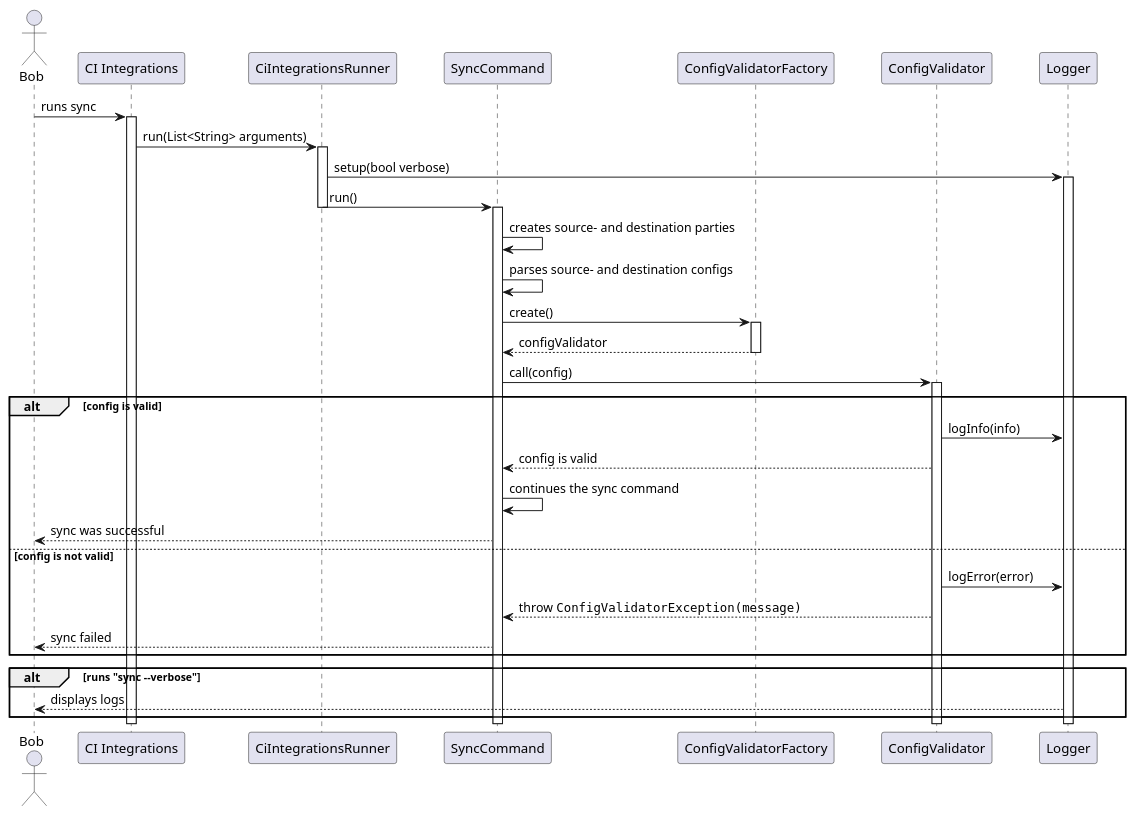
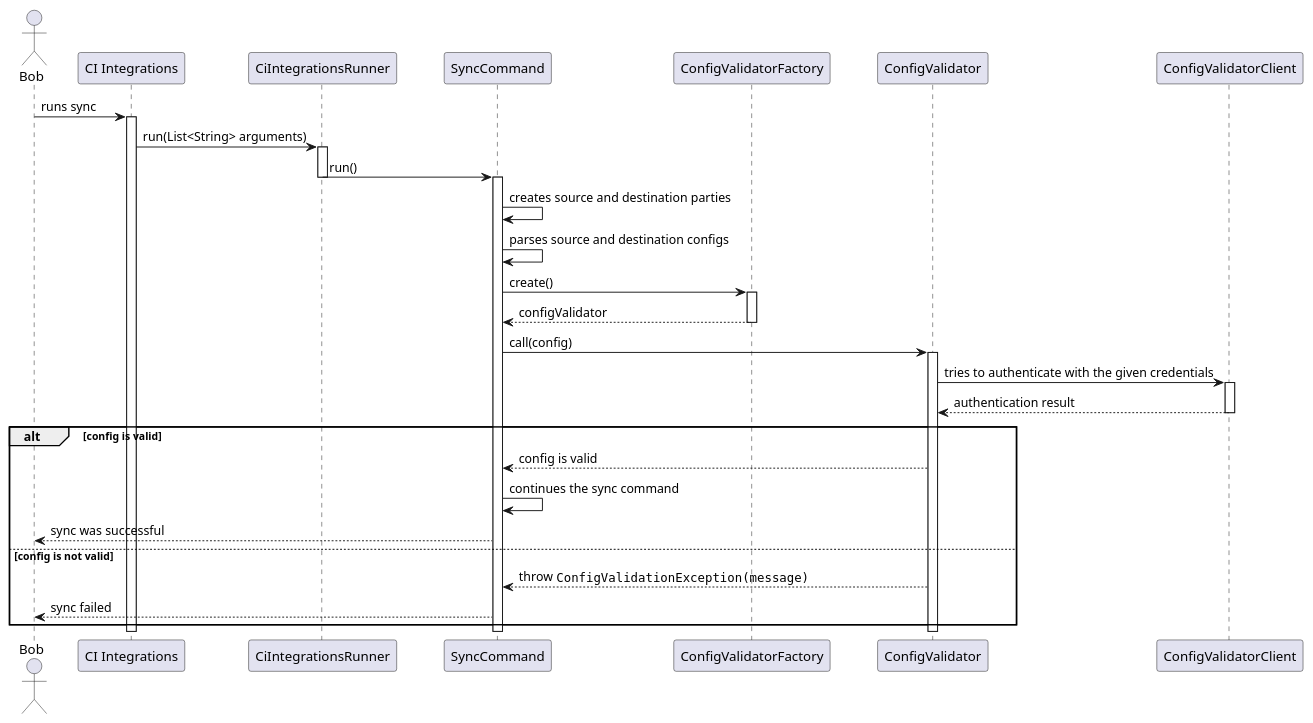
Before and after one commit to Flank/flank-dashboard: the diagram in metrics/ci_integrations/docs/diagrams/ci_integrations_config_validator_sequence_diagram.puml, drawn with PlantUML. The commit also changed 2 other files, not shown here.

```diff
--- a/metrics/ci_integrations/docs/diagrams/ci_integrations_config_validator_sequence_diagram.puml
+++ b/metrics/ci_integrations/docs/diagrams/ci_integrations_config_validator_sequence_diagram.puml
@@ -1,65 +1,61 @@
 @startuml ci_integrations_config_validator_sequence_diagram
 
 skinparam ParticipantPadding 20
 skinparam BoxPadding 10
 
 actor Bob
 
 participant "CI Integrations"
 participant CiIntegrationsRunner
 participant SyncCommand
 participant ConfigValidatorFactory
 participant ConfigValidator
-participant Logger
+participant ConfigValidatorClient
 
 Bob -> "CI Integrations" : runs sync
 activate "CI Integrations"
 
 "CI Integrations" -> CiIntegrationsRunner: run(List<String> arguments)
 activate CiIntegrationsRunner
 
-CiIntegrationsRunner -> Logger: setup(bool verbose)
-activate Logger
-
 CiIntegrationsRunner -> SyncCommand: run()
 deactivate CiIntegrationsRunner
 activate SyncCommand
 
-SyncCommand -> SyncCommand : creates source- and destination parties
-SyncCommand -> SyncCommand : parses source- and destination configs
+SyncCommand -> SyncCommand : creates source and destination parties
+SyncCommand -> SyncCommand : parses source and destination configs
 
 SyncCommand -> ConfigValidatorFactory : create()
 activate ConfigValidatorFactory
 
 ConfigValidatorFactory --> SyncCommand : configValidator
 deactivate ConfigValidatorFactory
 
 SyncCommand -> ConfigValidator : call(config)
 activate ConfigValidator
 
+ConfigValidator -> ConfigValidatorClient : tries to authenticate with the given credentials
+activate ConfigValidatorClient
+
+ConfigValidatorClient --> ConfigValidator : authentication result
+deactivate ConfigValidatorClient
+
 alt config is valid
 
-    ConfigValidator -> Logger : logInfo(info)
     ConfigValidator --> SyncCommand : config is valid
     SyncCommand -> SyncCommand : continues the sync command
     SyncCommand --> Bob : sync was successful
 
 else config is not valid
 
-    ConfigValidator -> Logger : logError(error)
-    ConfigValidator --> SyncCommand : throw ""ConfigValidatorException(message)""
+    ConfigValidator --> SyncCommand : throw ""ConfigValidationException(message)""
     SyncCommand --> Bob : sync failed
 
-end
-
-alt runs "sync --verbose"
-    Logger --> Bob: displays logs
 end
 
 deactivate ConfigValidator
 
 deactivate "CI Integrations"
 deactivate SyncCommand
-deactivate Logger
 
 @enduml
```
